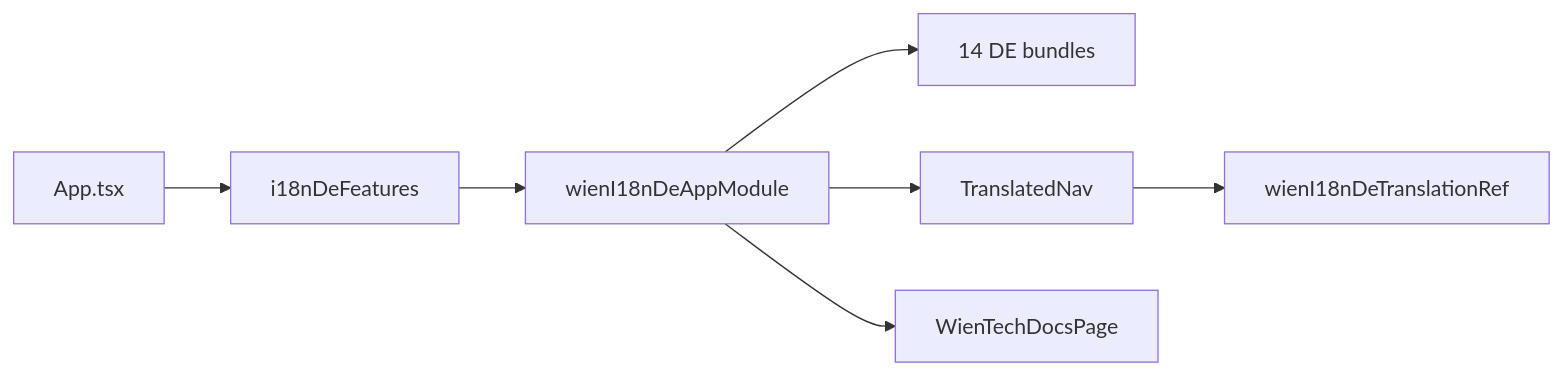
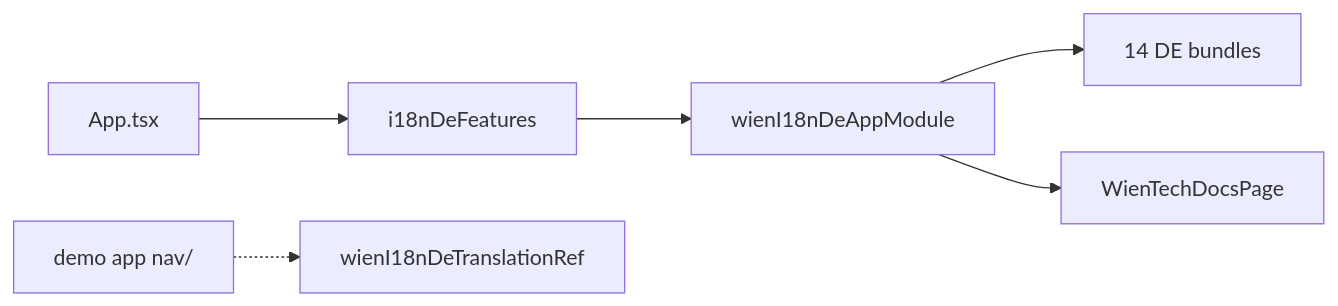
The diagram in my-backstage-app/plugins/backstage-i18n-de-plugin/README.md (adis-b/hackstage), drawn with Mermaid before and after one commit. The commit also changed other lines of this file and 13 other files, not shown here.

First line of the commit message:
Move TranslatedNav from i18n plugin to demo app

````diff
--- a/my-backstage-app/plugins/backstage-i18n-de-plugin/README.md
+++ b/my-backstage-app/plugins/backstage-i18n-de-plugin/README.md
@@ -78,9 +69,8 @@
 ```mermaid
 flowchart LR
   AppTsx[App.tsx] --> i18nDeFeatures[i18nDeFeatures]
   i18nDeFeatures --> AppModule[wienI18nDeAppModule]
   AppModule --> Translations[14 DE bundles]
-  AppModule --> Nav[TranslatedNav]
   AppModule --> TechDocs[WienTechDocsPage]
-  Nav --> Ref[wienI18nDeTranslationRef]
+  DemoNav[demo app nav/] -.-> Ref[wienI18nDeTranslationRef]
 ```
````
